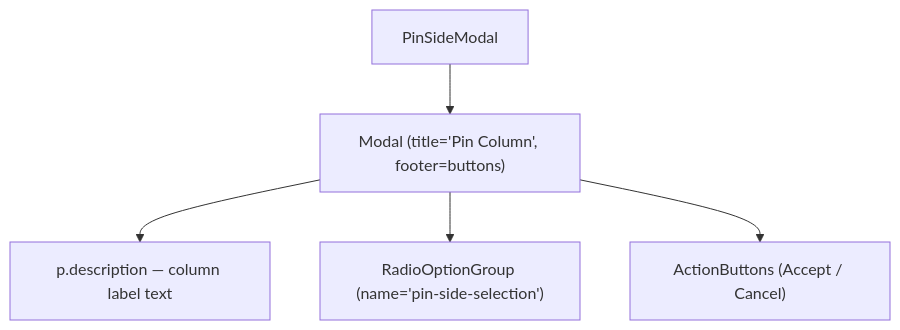
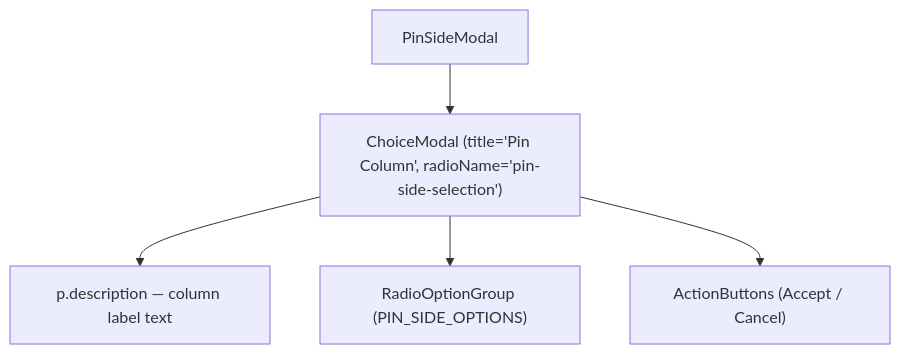
One commit to luciocabrera/lcabrera-stack changed the second of 2 diagrams in packages/ui/src/components/PinSideModal/ARCHITECTURE.md. Above: the diagram before and after it, drawn with Mermaid. The commit also changed other lines of this file and 16 other files, not shown here.

Commit message:
feat: Implement choice modal

````diff
--- a/packages/ui/src/components/PinSideModal/ARCHITECTURE.md
+++ b/packages/ui/src/components/PinSideModal/ARCHITECTURE.md
@@ -30,7 +28,7 @@
 ```mermaid
 graph TD
-  PSM["PinSideModal"] --> Modal2["Modal (title='Pin Column', footer=buttons)"]
-  Modal2 --> Desc["p.description — column label text"]
-  Modal2 --> ROG["RadioOptionGroup (name='pin-side-selection')"]
-  Modal2 --> FooterButtons["ActionButtons (Accept / Cancel)"]
+  PSM["PinSideModal"] --> CM["ChoiceModal (title='Pin Column', radioName='pin-side-selection')"]
+  CM --> Desc["p.description — column label text"]
+  CM --> ROG["RadioOptionGroup (PIN_SIDE_OPTIONS)"]
+  CM --> FooterButtons["ActionButtons (Accept / Cancel)"]
 ```
````
